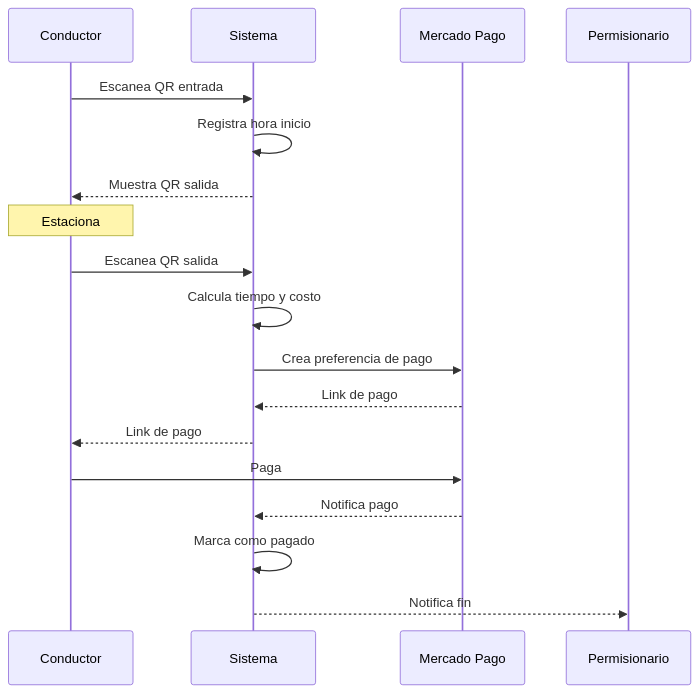
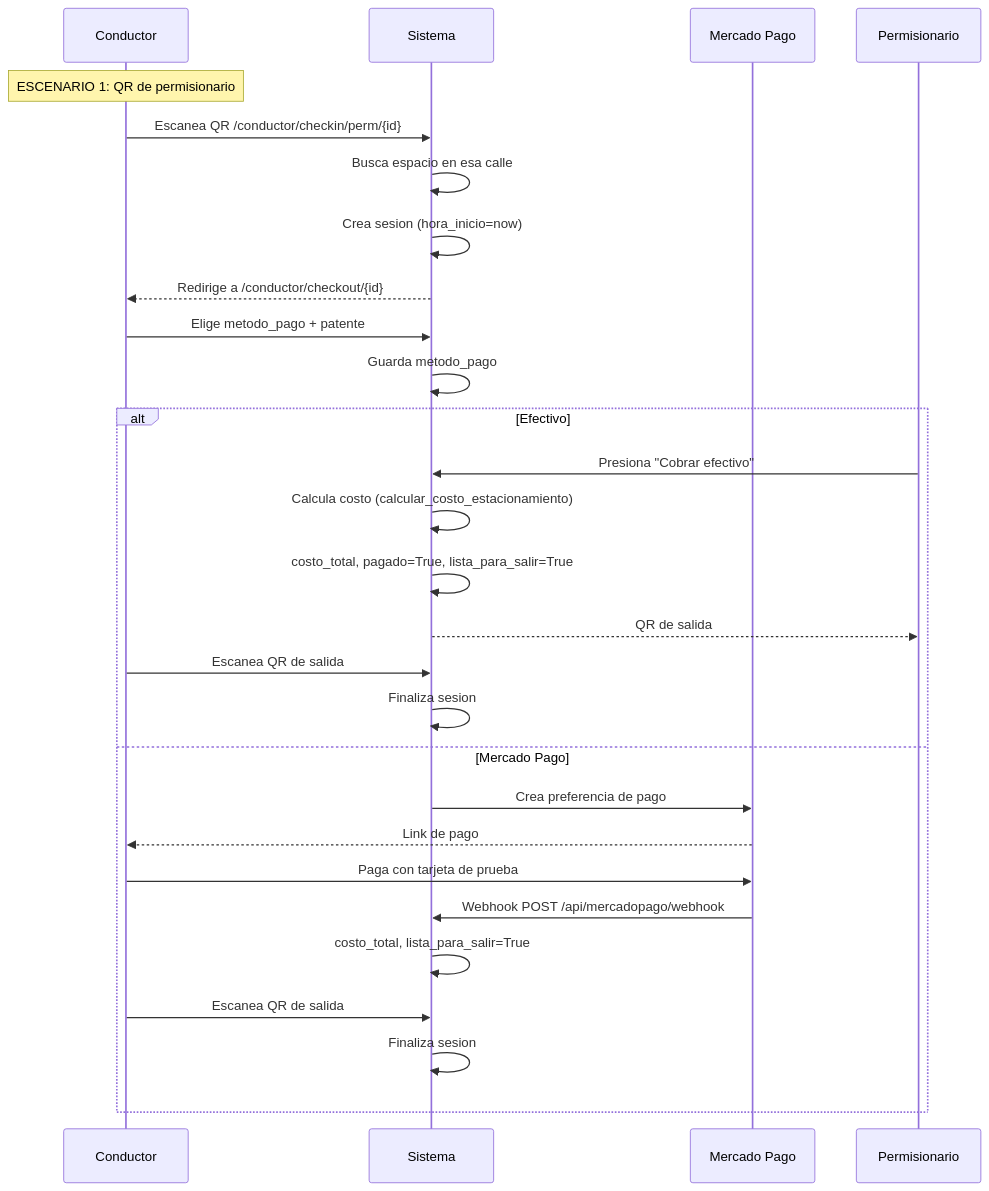
One commit to gildoadiaz-tech/estacionamiento-medido changed the third of 6 diagrams in docs/arquitectura.md. Above: the diagram before and after it, drawn with Mermaid. The commit also changed other lines of this file and 4 other files, not shown here.

Commit message:
docs: documentacion completa con diagramas Mermaid + guias de API/setup/arquitectura

````diff
--- a/docs/arquitectura.md
+++ b/docs/arquitectura.md
@@ -84,21 +136,33 @@
 ```mermaid
 sequenceDiagram
     participant C as Conductor
     participant S as Sistema
     participant MP as Mercado Pago
     participant P as Permisionario
 
-    C->>S: Escanea QR entrada
-    S->>S: Registra hora inicio
-    S-->>C: Muestra QR salida
-    Note over C: Estaciona
-    C->>S: Escanea QR salida
-    S->>S: Calcula tiempo y costo
-    S->>MP: Crea preferencia de pago
-    MP-->>S: Link de pago
-    S-->>C: Link de pago
-    C->>MP: Paga
-    MP-->>S: Notifica pago
-    S->>S: Marca como pagado
-    S-->>P: Notifica fin
+    Note over C: ESCENARIO 1: QR de permisionario
+    C->>S: Escanea QR /conductor/checkin/perm/{id}
+    S->>S: Busca espacio en esa calle
+    S->>S: Crea sesion (hora_inicio=now)
+    S-->>C: Redirige a /conductor/checkout/{id}
+    
+    C->>S: Elige metodo_pago + patente
+    S->>S: Guarda metodo_pago
+
+    alt Efectivo
+        P->>S: Presiona "Cobrar efectivo"
+        S->>S: Calcula costo (calcular_costo_estacionamiento)
+        S->>S: costo_total, pagado=True, lista_para_salir=True
+        S-->>P: QR de salida
+        C->>S: Escanea QR de salida
+        S->>S: Finaliza sesion
+    else Mercado Pago
+        S->>MP: Crea preferencia de pago
+        MP-->>C: Link de pago
+        C->>MP: Paga con tarjeta de prueba
+        MP->>S: Webhook POST /api/mercadopago/webhook
+        S->>S: costo_total, lista_para_salir=True
+        C->>S: Escanea QR de salida
+        S->>S: Finaliza sesion
+    end
 ```
````
